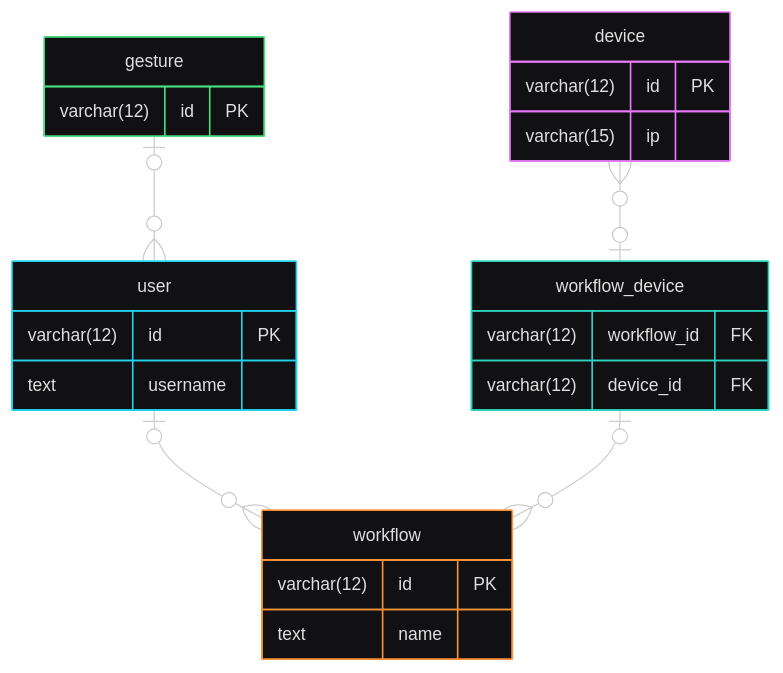
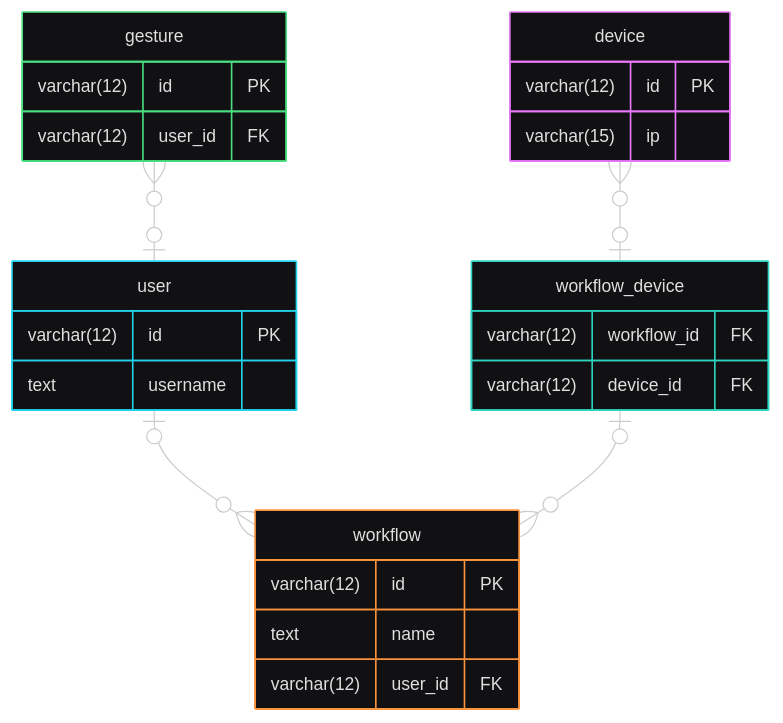
The diagram in db/ER.mmd (caiocotts/handy-automator), drawn with Mermaid before and after one commit. The commit also changed 1 other file, not shown here.

Commit message:
add user_id foreign key to workflow and gesture tables; create workflow_device table

```diff
--- a/db/ER.mmd
+++ b/db/ER.mmd
@@ -1,34 +1,36 @@
 ---
 config:
   layout: dagre
   theme: redux-dark-color
 ---
 erDiagram
     device {
         varchar(12) id PK ""
         varchar(15) ip  ""
     }
 
     workflow_device {
         varchar(12) workflow_id FK ""
         varchar(12) device_id FK ""
     }
 
     workflow {
         varchar(12) id PK ""
         text name ""
+        varchar(12) user_id FK
     }
 
     user {
         varchar(12) id PK ""
         text username  ""
     }
 
     gesture {
         varchar(12) id PK ""
+        varchar(12) user_id FK ""
     }
 
-    gesture |o--o{ user: "  "
+    gesture }o--o| user: "  "
     user |o--o{ workflow: "  "
     device }o--o| workflow_device: "  "
     workflow_device |o--o{ workflow: "  "
```
